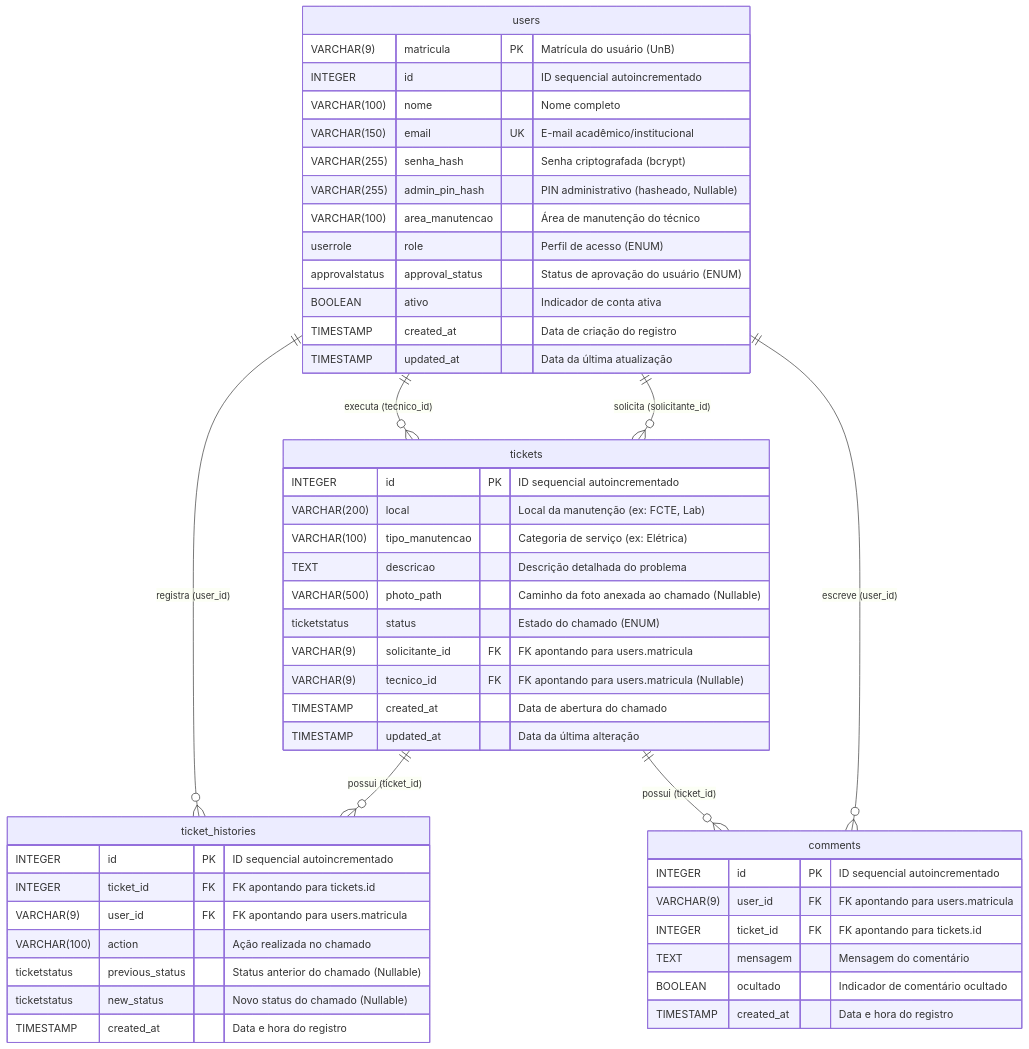
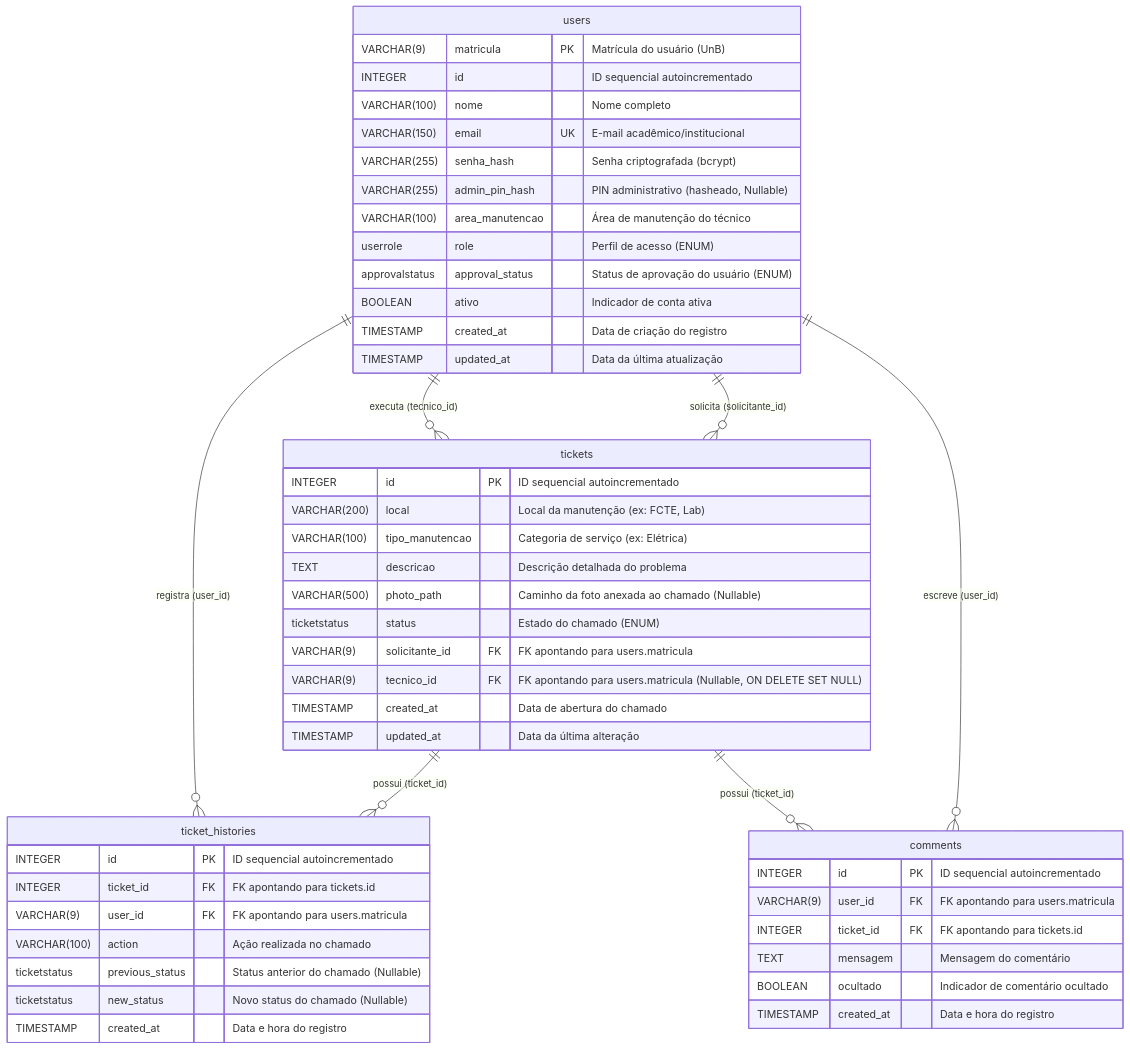
The diagram in docs/DB_VISION.md (FGA0138-MDS-Ajax/2026.1-T03-Parnas), drawn with Mermaid before and after one commit. The commit also changed other lines of this file, not shown here.

````diff
--- a/docs/DB_VISION.md
+++ b/docs/DB_VISION.md
@@ -11,56 +11,56 @@
 ```mermaid
 erDiagram
     users {
         VARCHAR(9) matricula PK "Matrícula do usuário (UnB)"
         INTEGER id "ID sequencial autoincrementado"
         VARCHAR(100) nome "Nome completo"
         VARCHAR(150) email UK "E-mail acadêmico/institucional"
         VARCHAR(255) senha_hash "Senha criptografada (bcrypt)"
         VARCHAR(255) admin_pin_hash "PIN administrativo (hasheado, Nullable)"
         VARCHAR(100) area_manutencao "Área de manutenção do técnico"
         userrole role "Perfil de acesso (ENUM)"
         approvalstatus approval_status "Status de aprovação do usuário (ENUM)"
         BOOLEAN ativo "Indicador de conta ativa"
         TIMESTAMP created_at "Data de criação do registro"
         TIMESTAMP updated_at "Data da última atualização"
     }
 
     tickets {
         INTEGER id PK "ID sequencial autoincrementado"
         VARCHAR(200) local "Local da manutenção (ex: FCTE, Lab)"
         VARCHAR(100) tipo_manutencao "Categoria de serviço (ex: Elétrica)"
         TEXT descricao "Descrição detalhada do problema"
         VARCHAR(500) photo_path "Caminho da foto anexada ao chamado (Nullable)"
         ticketstatus status "Estado do chamado (ENUM)"
         VARCHAR(9) solicitante_id FK "FK apontando para users.matricula"
-        VARCHAR(9) tecnico_id FK "FK apontando para users.matricula (Nullable)"
+        VARCHAR(9) tecnico_id FK "FK apontando para users.matricula (Nullable, ON DELETE SET NULL)"
         TIMESTAMP created_at "Data de abertura do chamado"
         TIMESTAMP updated_at "Data da última alteração"
     }
 
     ticket_histories {
         INTEGER id PK "ID sequencial autoincrementado"
         INTEGER ticket_id FK "FK apontando para tickets.id"
         VARCHAR(9) user_id FK "FK apontando para users.matricula"
         VARCHAR(100) action "Ação realizada no chamado"
         ticketstatus previous_status "Status anterior do chamado (Nullable)"
         ticketstatus new_status "Novo status do chamado (Nullable)"
         TIMESTAMP created_at "Data e hora do registro"
     }
 
     comments {
         INTEGER id PK "ID sequencial autoincrementado"
         VARCHAR(9) user_id FK "FK apontando para users.matricula"
         INTEGER ticket_id FK "FK apontando para tickets.id"
         TEXT mensagem "Mensagem do comentário"
         BOOLEAN ocultado "Indicador de comentário ocultado"
         TIMESTAMP created_at "Data e hora do registro"
     }
 
     users ||--o{ tickets : "solicita (solicitante_id)"
     users ||--o{ tickets : "executa (tecnico_id)"
     tickets ||--o{ ticket_histories : "possui (ticket_id)"
     users ||--o{ ticket_histories : "registra (user_id)"
     users ||--o{ comments : "escreve (user_id)"
     tickets ||--o{ comments : "possui (ticket_id)"
 ```
````
